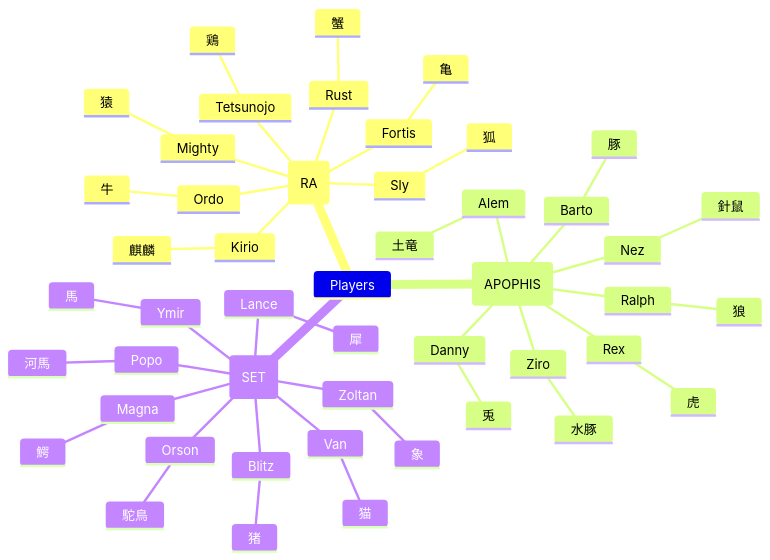
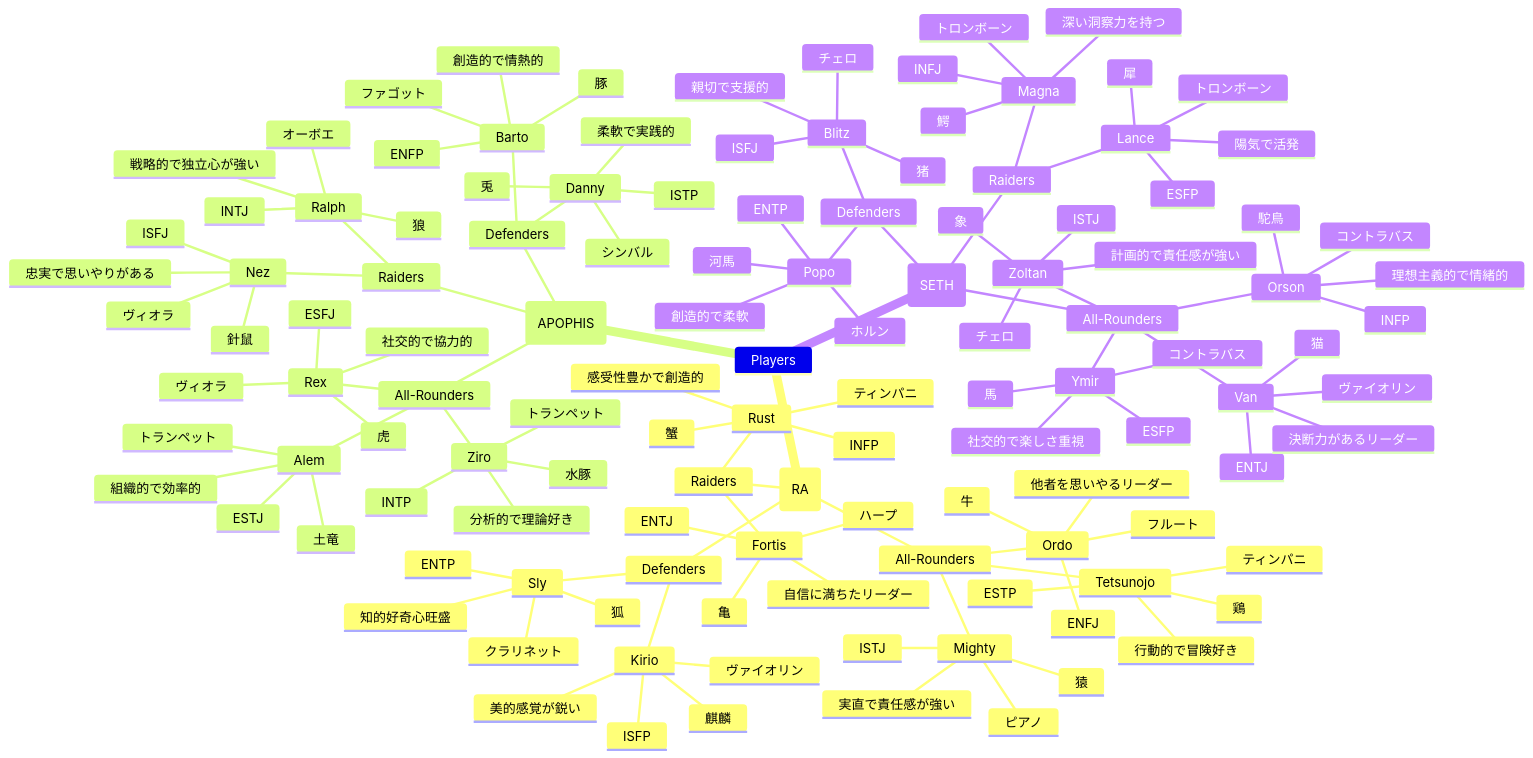
One commit to 4hoe8pow/Ancient changed the second of 2 diagrams in README.md. Above: the diagram before and after it, drawn with Mermaid. The commit also changed other lines of this file and 1 other file, not shown here.

````diff
--- a/README.md
+++ b/README.md
@@ -83,50 +83,132 @@
 mindmap
     Players
         r(RA)
-            Rust
-                蟹
-            Fortis
-                亀
-            Kirio
-                麒麟
-            Sly
-                狐
-            Mighty
-                猿
-            Ordo
-                牛
-            Tetsunojo
-                鶏
+            Raiders
+                Rust
+                    蟹
+                    INFP
+                    感受性豊かで創造的
+                    ティンパニ
+                Fortis
+                    亀
+                    ENTJ
+                    自信に満ちたリーダー
+                    ハープ
+                    
+            Defenders
+                Kirio
+                    麒麟
+                    ISFP
+                    美的感覚が鋭い
+                    ヴァイオリン
+                Sly
+                    狐
+                    ENTP
+                    知的好奇心旺盛
+                    クラリネット
+                    
+            All-Rounders
+                Mighty
+                    猿
+                    ISTJ
+                    実直で責任感が強い
+                    ピアノ
+                Ordo
+                    牛
+                    ENFJ
+                    他者を思いやるリーダー
+                    フルート
+                Tetsunojo
+                    鶏
+                    ESTP
+                    行動的で冒険好き
+                    ティンパニ
+                    
         a(APOPHIS)
-            Ralph
-                狼
-            Nez
-                針鼠
-            Barto
-                豚
-            Danny
-                兎
-            Rex
-                虎
-            Ziro
-                水豚
-            Alem
-                土竜
-        s(SET)
-            Magna
-                鰐
-            Lance
-                犀
-            Blitz
-                猪
-            Popo
-                河馬
-            Van
-                猫
-            Orson
-                駝鳥
-            Ymir
-                馬
-            Zoltan
-                象
+            Raiders
+                Ralph
+                    狼
+                    INTJ
+                    戦略的で独立心が強い
+                    オーボエ
+                    
+                Nez
+                    針鼠
+                    ISFJ
+                    忠実で思いやりがある
+                    ヴィオラ
+                    
+            Defenders
+                Barto
+                    豚
+                    ENFP
+                    創造的で情熱的
+                    ファゴット
+                    
+                Danny
+                    兎
+                    ISTP
+                    柔軟で実践的
+                    シンバル
+                    
+            All-Rounders
+                Rex
+                    虎
+                    ESFJ
+                    社交的で協力的
+                    ヴィオラ
+                Ziro
+                    水豚
+                    INTP
+                    分析的で理論好き
+                    トランペット
+                Alem
+                    土竜
+                    ESTJ
+                    組織的で効率的
+                    トランペット
+        s(SETH)
+            Raiders
+                Magna
+                    鰐
+                    INFJ
+                    深い洞察力を持つ
+                    トロンボーン
+                Lance
+                    犀
+                    ESFP
+                    陽気で活発
+                    トロンボーン
+            Defenders
+                Blitz
+                    猪
+                    ISFJ
+                    親切で支援的
+                    チェロ
+                Popo
+                    河馬
+                    ENTP
+                    創造的で柔軟
+                    ホルン
+            All-Rounders
+                Van
+                    猫
+                    ENTJ
+                    決断力があるリーダー
+                    ヴァイオリン
+                Orson
+                    駝鳥
+                    INFP
+                    理想主義的で情緒的
+                    コントラバス
+                Ymir
+                    馬
+                    ESFP
+                    社交的で楽しさ重視
+                    コントラバス
+                Zoltan
+                    象
+                    ISTJ
+                    計画的で責任感が強い
+                    チェロ
 ```
````
